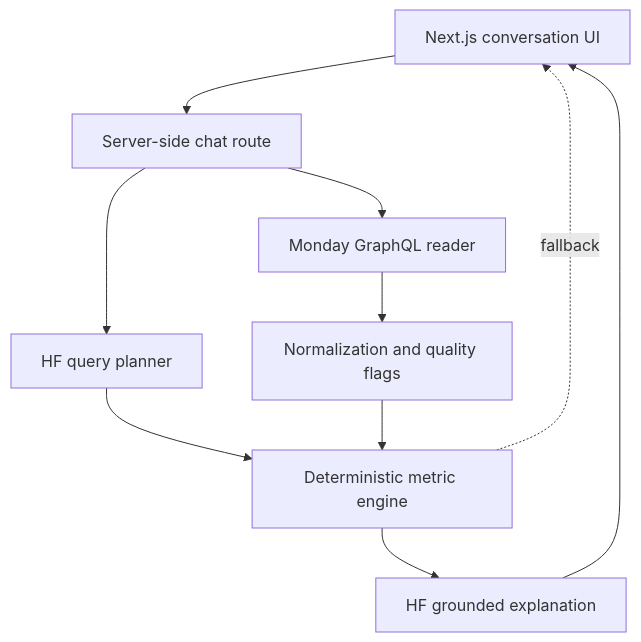
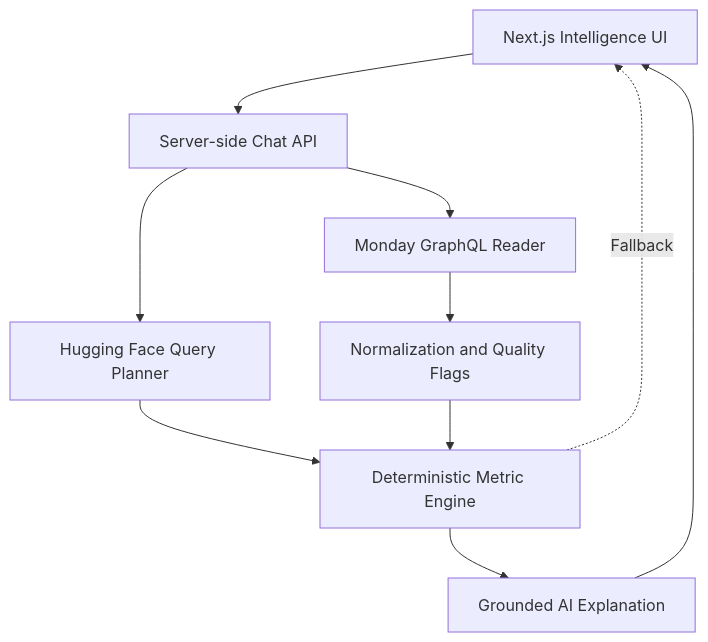
Before and after one commit to madhurmaru/Skylark-BI: the diagram in README.md, drawn with Mermaid. The commit also changed other lines of this file, not shown here.

````diff
--- a/README.md
+++ b/README.md
@@ -19,12 +48,12 @@
 ```mermaid
 flowchart TD
-  UI[Next.js conversation UI] --> API[Server-side chat route]
-  API --> PLAN[HF query planner]
-  API --> MON[Monday GraphQL reader]
-  MON --> NORM[Normalization and quality flags]
-  PLAN --> CALC[Deterministic metric engine]
-  NORM --> CALC
-  CALC --> EXPLAIN[HF grounded explanation]
-  EXPLAIN --> UI
-  CALC -. fallback .-> UI
+    UI["Next.js Intelligence UI"] --> API["Server-side Chat API"]
+    API --> PLAN["Hugging Face Query Planner"]
+    API --> MON["Monday GraphQL Reader"]
+    MON --> NORM["Normalization and Quality Flags"]
+    PLAN --> CALC["Deterministic Metric Engine"]
+    NORM --> CALC
+    CALC --> EXPLAIN["Grounded AI Explanation"]
+    EXPLAIN --> UI
+    CALC -. "Fallback" .-> UI
 ```
````
